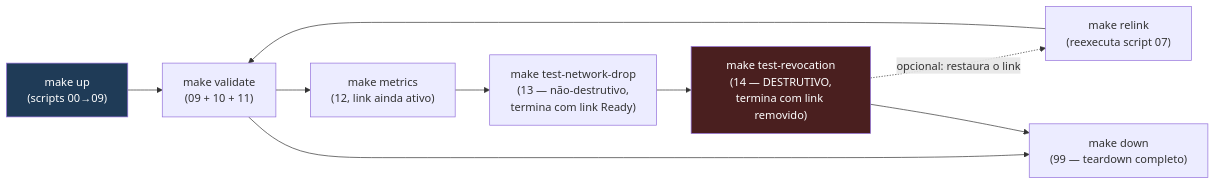
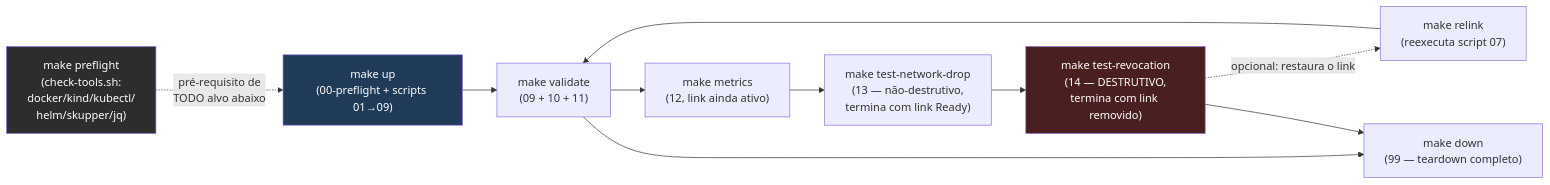
One commit to ericogr/poc-skupper changed the seventh of 7 diagrams in docs/ARCHITECTURE.md. Above: the diagram before and after it, drawn with Mermaid. The commit also changed other lines of this file and 1 other file, not shown here.

First line of the commit message:
docs: adiciona docs/ARCHITECTURE.md e melhora diagramas do README

````diff
--- a/docs/ARCHITECTURE.md
+++ b/docs/ARCHITECTURE.md
@@ -248,14 +248,17 @@
 ```mermaid
 flowchart LR
-    up["make up<br/>(scripts 00→09)"] --> validate["make validate<br/>(09 + 10 + 11)"]
+    preflight["make preflight<br/>(check-tools.sh:<br/>docker/kind/kubectl/<br/>helm/skupper/jq)"]
+    preflight -.->|"pré-requisito de<br/>TODO alvo abaixo"| up["make up<br/>(00-preflight + scripts 01→09)"]
+    up --> validate["make validate<br/>(09 + 10 + 11)"]
     validate --> metrics["make metrics<br/>(12, link ainda ativo)"]
     metrics --> drop["make test-network-drop<br/>(13 — não-destrutivo,<br/>termina com link Ready)"]
     drop --> revoke["make test-revocation<br/>(14 — DESTRUTIVO,<br/>termina com link removido)"]
     revoke -.->|"opcional: restaura o link"| relink["make relink<br/>(reexecuta script 07)"]
     relink --> validate
     validate --> down["make down<br/>(99 — teardown completo)"]
     revoke --> down
 
     style revoke fill:#4a1f1f,color:#fff
     style up fill:#1f3b57,color:#fff
+    style preflight fill:#2d2d2d,color:#fff
 ```
````
